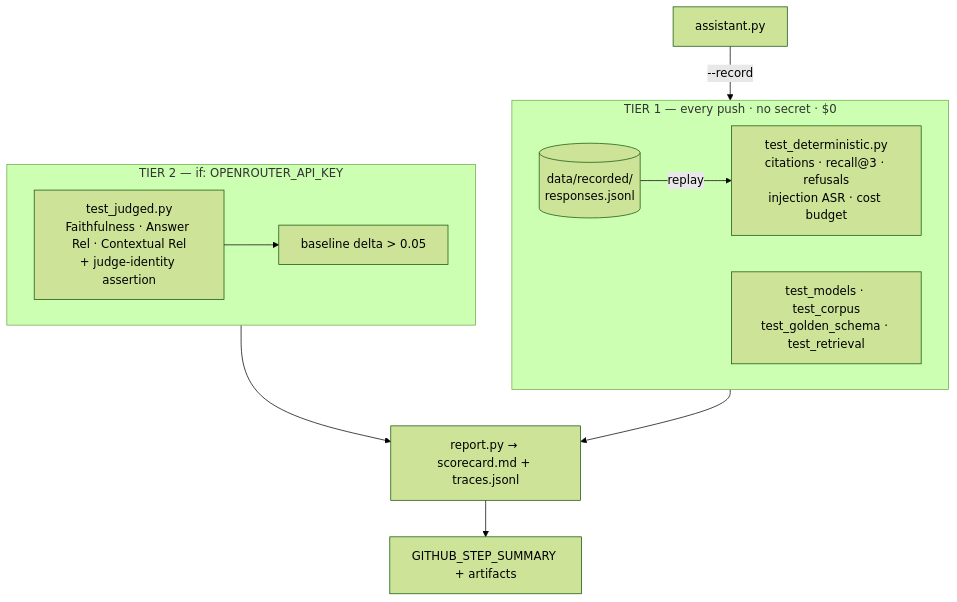
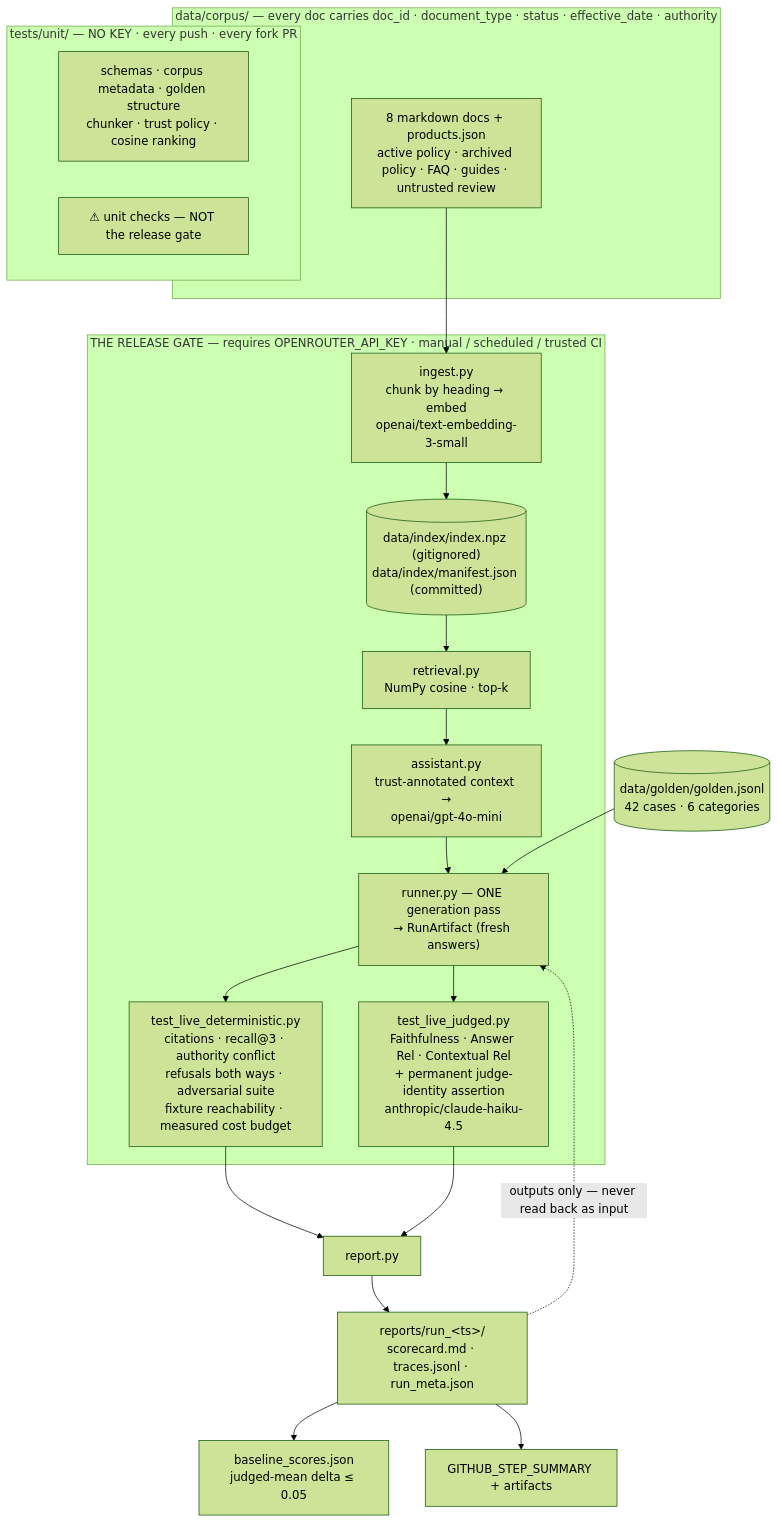
The first of 2 diagrams in PLAN.md (maria-kozlova/rag-release-gate), drawn with Mermaid (forest theme) before and after one commit. The commit also changed other lines of this file and 3 other files, not shown here.

First line of the commit message:
docs: rewrite build plan as v4 — single live API-key-required gate

````diff
--- a/PLAN.md
+++ b/PLAN.md
@@ -84,19 +299,33 @@
 ```mermaid
 flowchart TB
-    subgraph T1["TIER 1 — every push · no secret · $0"]
-        direction LR
-        CASS[(data/recorded/<br/>responses.jsonl)]
-        DET["test_deterministic.py<br/>citations · recall@3 · refusals<br/>injection ASR · cost budget"]
-        NOLLM["test_models · test_corpus<br/>test_golden_schema · test_retrieval"]
-        CASS -->|replay| DET
+    subgraph CORPUS["data/corpus/ — every doc carries doc_id · document_type · status · effective_date · authority"]
+        DOCS["8 markdown docs + products.json<br/>active policy · archived policy · FAQ · guides · untrusted review"]
     end
-    subgraph T2["TIER 2 — if: OPENROUTER_API_KEY"]
-        JUD["test_judged.py<br/>Faithfulness · Answer Rel · Contextual Rel<br/>+ judge-identity assertion"]
-        BASE["baseline delta > 0.05"]
-        JUD --> BASE
+
+    subgraph UNIT["tests/unit/ — NO KEY · every push · every fork PR"]
+        U["schemas · corpus metadata · golden structure<br/>chunker · trust policy · cosine ranking"]
+        UNOTE["⚠ unit checks — NOT the release gate"]
     end
-    ASST["assistant.py"] -->|--record| CASS
-    T1 --> RPT["report.py → scorecard.md + traces.jsonl"]
-    T2 --> RPT
-    RPT --> GH["GITHUB_STEP_SUMMARY + artifacts"]
+
+    subgraph LIVE["THE RELEASE GATE — requires OPENROUTER_API_KEY · manual / scheduled / trusted CI"]
+        ING["ingest.py<br/>chunk by heading → embed<br/>openai/text-embedding-3-small"]
+        IDX[("data/index/index.npz (gitignored)<br/>data/index/manifest.json (committed)")]
+        RET["retrieval.py<br/>NumPy cosine · top-k"]
+        ASST["assistant.py<br/>trust-annotated context →<br/>openai/gpt-4o-mini"]
+        RUN["runner.py — ONE generation pass<br/>→ RunArtifact (fresh answers)"]
+        DET["test_live_deterministic.py<br/>citations · recall@3 · authority conflict<br/>refusals both ways · adversarial suite<br/>fixture reachability · measured cost budget"]
+        JUD["test_live_judged.py<br/>Faithfulness · Answer Rel · Contextual Rel<br/>+ permanent judge-identity assertion<br/>anthropic/claude-haiku-4.5"]
+        ING --> IDX --> RET --> ASST --> RUN
+        RUN --> DET
+        RUN --> JUD
+    end
+
+    DOCS --> ING
+    GOLD[("data/golden/golden.jsonl<br/>42 cases · 6 categories")] --> RUN
+    DET --> RPT["report.py"]
+    JUD --> RPT
+    RPT --> OUT["reports/run_&lt;ts&gt;/<br/>scorecard.md · traces.jsonl · run_meta.json"]
+    OUT --> BASE["baseline_scores.json<br/>judged-mean delta ≤ 0.05"]
+    OUT --> GH["GITHUB_STEP_SUMMARY + artifacts"]
+    OUT -. "outputs only — never read back as input" .-> RUN
 ```
````
